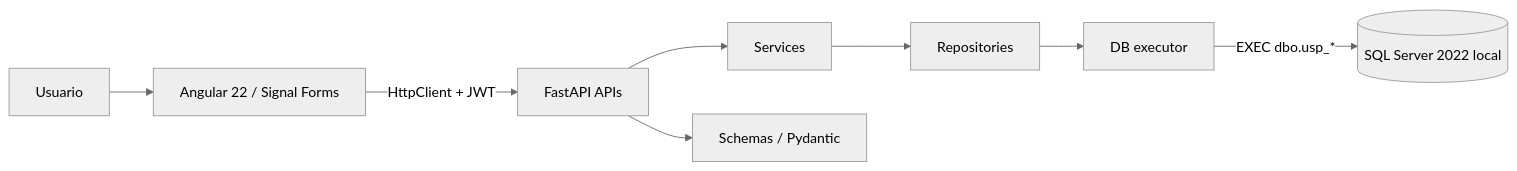
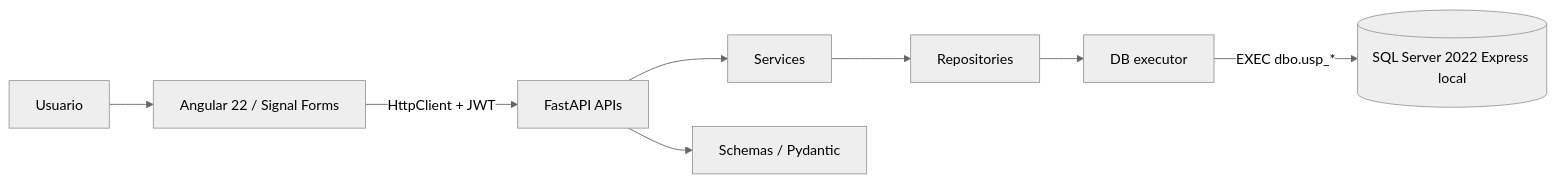
One commit to JBranez/TecnoStock-Entrega changed the diagram in README.md. Above: the diagram before and after it, drawn with Mermaid (neutral theme). The commit also changed other lines of this file and 2 other files, not shown here.

````diff
--- a/README.md
+++ b/README.md
@@ -119,10 +211,10 @@
 ```mermaid
 flowchart LR
     U[Usuario] --> F[Angular 22 / Signal Forms]
     F -->|HttpClient + JWT| A[FastAPI APIs]
     A --> S[Services]
     A --> V[Schemas / Pydantic]
     S --> R[Repositories]
     R --> E[DB executor]
-    E -->|EXEC dbo.usp_*| DB[(SQL Server 2022 local)]
+    E -->|EXEC dbo.usp_*| DB[(SQL Server 2022 Express local)]
 ```
````
